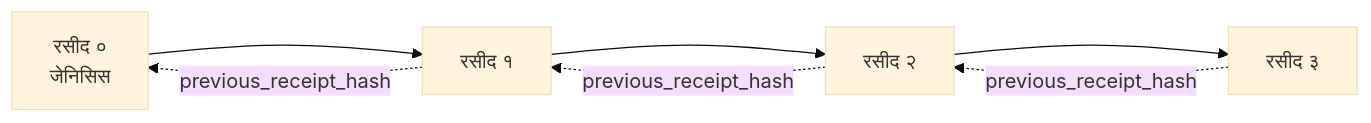
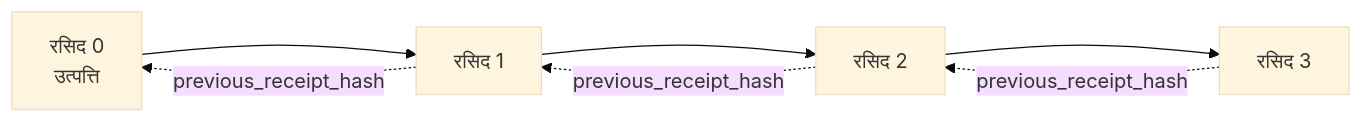
The second of 2 diagrams in mirrors/repos/microsoft@ai-agents-for-beginners/translations/ne/18-securing-ai-agents/README.md (gabrielmoreira/agent-skills-mirror), drawn with Mermaid (base theme) before and after one commit. The commit also changed other lines of this file and 2285 other files, not shown here.

````diff
--- a/mirrors/repos/microsoft@ai-agents-for-beginners/translations/ne/18-securing-ai-agents/README.md
+++ b/mirrors/repos/microsoft@ai-agents-for-beginners/translations/ne/18-securing-ai-agents/README.md
@@ -206,9 +206,9 @@
 ```mermaid
 flowchart LR
-    R0[रसीद ०<br/>जेनिसिस] --> R1[रसीद १]
-    R1 --> R2[रसीद २]
-    R2 --> R3[रसीद ३]
+    R0[रसिद 0<br/>उत्पत्ति] --> R1[रसिद 1]
+    R1 --> R2[रसिद 2]
+    R2 --> R3[रसिद 3]
     R1 -. previous_receipt_hash .-> R0
     R2 -. previous_receipt_hash .-> R1
     R3 -. previous_receipt_hash .-> R2
 ```
````
